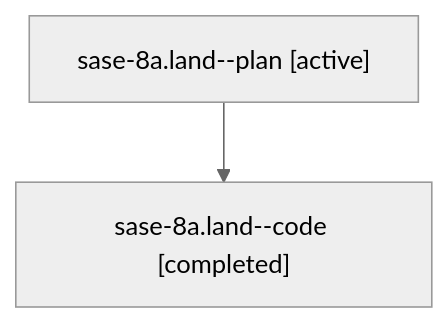
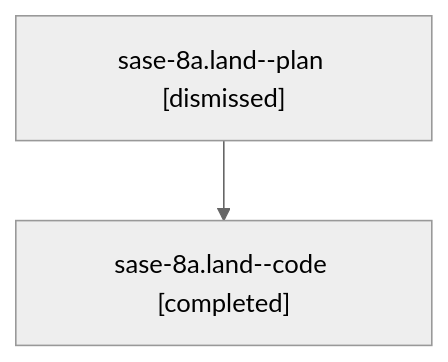
Before and after one commit to sase-org/sase--agents: the diagram in sessions/bbugyi200.athena.sase-8a.land.md, drawn with Mermaid (neutral theme). The commit also changed other lines of this file and 82 other files, not shown here.

````diff
--- a/sessions/bbugyi200.athena.sase-8a.land.md
+++ b/sessions/bbugyi200.athena.sase-8a.land.md
@@ -9,6 +9,6 @@
 ```mermaid
 flowchart TD
-  n0["sase-8a.land--plan [active]"]
+  n0["sase-8a.land--plan [dismissed]"]
   n1["sase-8a.land--code [completed]"]
   n0 --> n1
 ```
````
